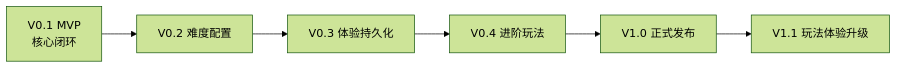
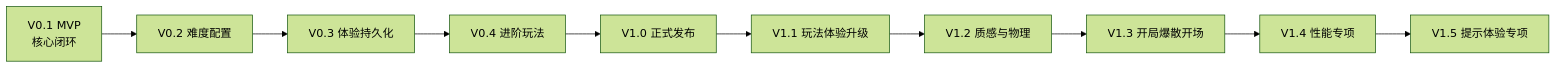
The diagram in docs/02-功能点迭代文档.md (514215834/TinyPuzzle), drawn with Mermaid (forest theme) before and after one commit. The commit also changed other lines of this file and 3 other files, not shown here.

````diff
--- a/docs/02-功能点迭代文档.md
+++ b/docs/02-功能点迭代文档.md
@@ -328,8 +378,12 @@
 ```mermaid
 flowchart LR
     V01["V0.1 MVP<br/>核心闭环"] --> V02["V0.2 难度配置"]
     V02 --> V03["V0.3 体验持久化"]
     V03 --> V04["V0.4 进阶玩法"]
     V04 --> V10["V1.0 正式发布"]
     V10 --> V11["V1.1 玩法体验升级"]
+    V11 --> V12["V1.2 质感与物理"]
+    V12 --> V13["V1.3 开局爆散开场"]
+    V13 --> V14["V1.4 性能专项"]
+    V14 --> V15["V1.5 提示体验专项"]
 ```
````
